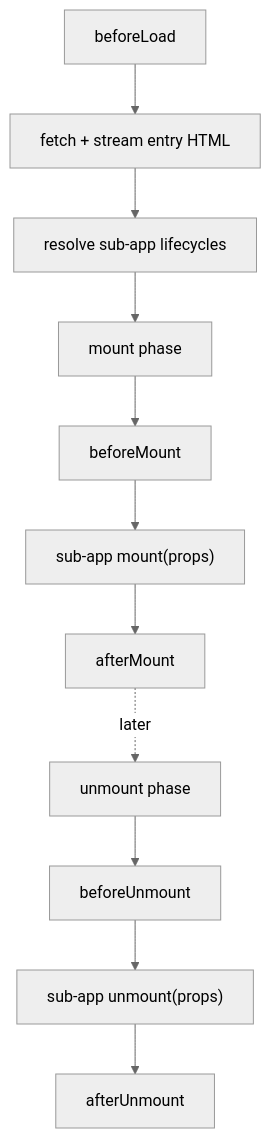
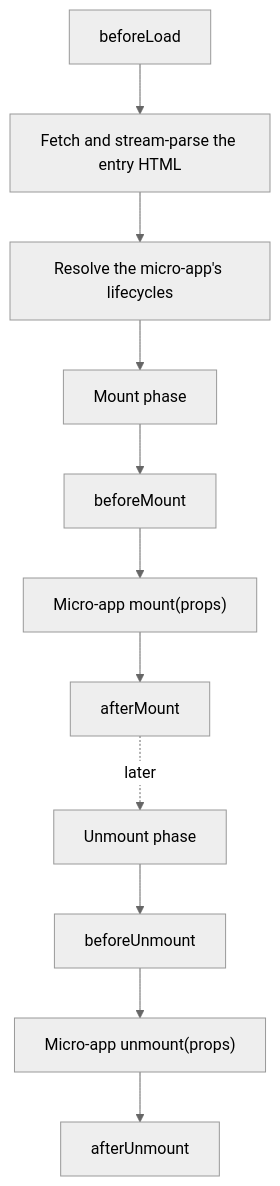
Before and after one commit to umijs/qiankun: the diagram in docs/api/lifecycles.md, drawn with Mermaid (neutral theme). The commit also changed other lines of this file and 63 other files, not shown here.

````diff
--- a/docs/api/lifecycles.md
+++ b/docs/api/lifecycles.md
@@ -63,13 +63,13 @@
 ```mermaid
 flowchart TD
-  A[beforeLoad] --> B[fetch + stream entry HTML]
-  B --> C[resolve sub-app lifecycles]
-  C --> D[mount phase]
+  A[beforeLoad] --> B[Fetch and stream-parse the entry HTML]
+  B --> C[Resolve the micro-app's lifecycles]
+  C --> D[Mount phase]
   D --> E[beforeMount]
-  E --> F["sub-app mount(props)"]
+  E --> F["Micro-app mount(props)"]
   F --> G[afterMount]
-  G -. later .-> H[unmount phase]
+  G -. later .-> H[Unmount phase]
   H --> I[beforeUnmount]
-  I --> J["sub-app unmount(props)"]
+  I --> J["Micro-app unmount(props)"]
   J --> K[afterUnmount]
 ```
````
